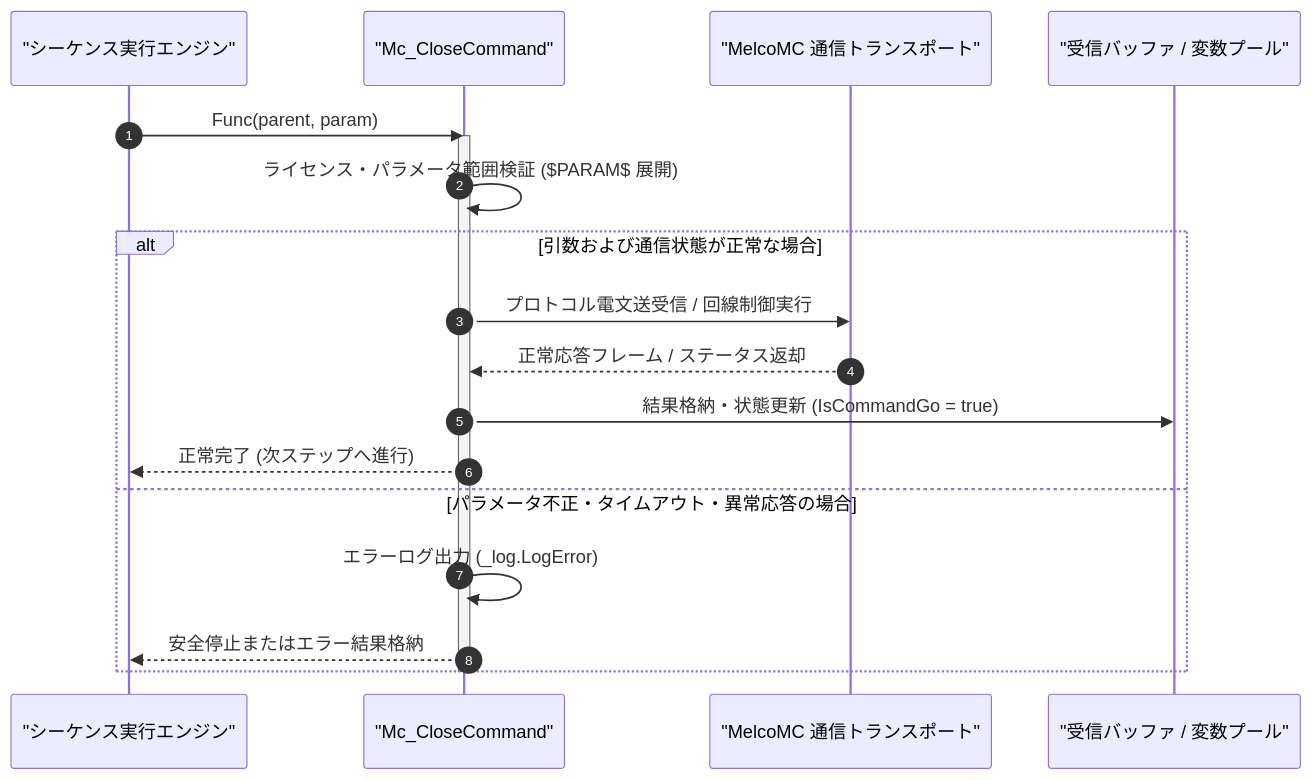
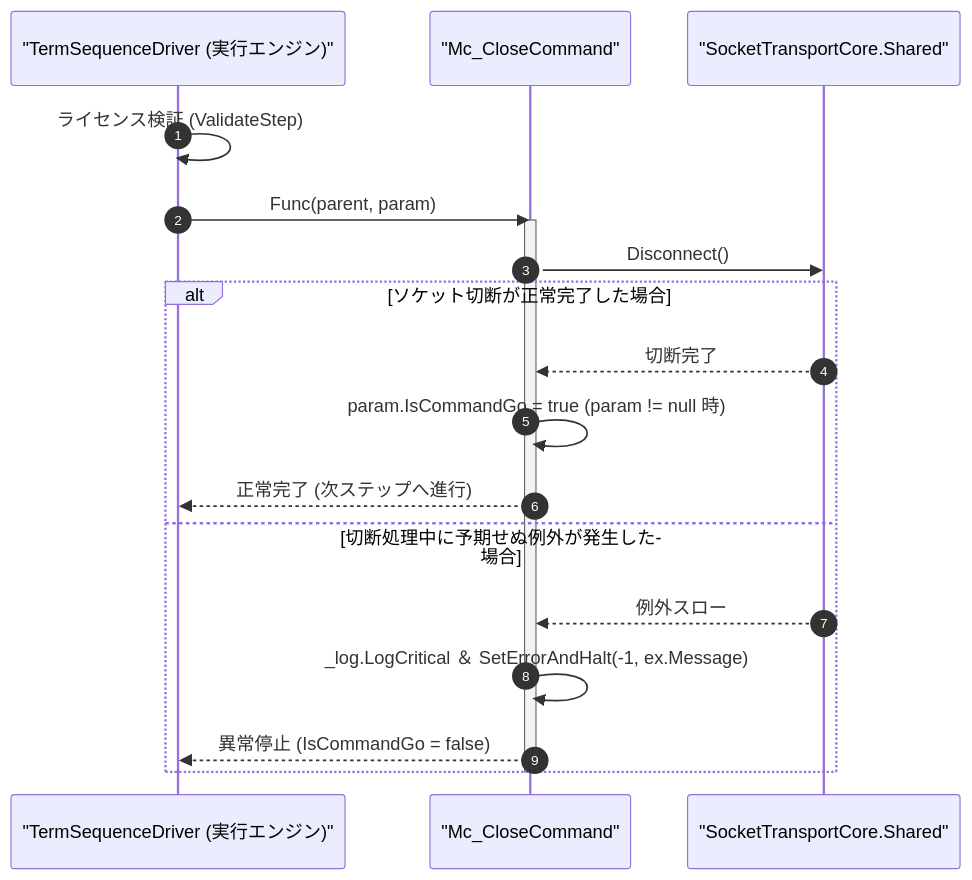
One commit to Monaca-App/TermAddIn changed the diagram in Manual/MelcoMC/Mc_Close.Md. Above: the diagram before and after it, drawn with Mermaid. The commit also changed other lines of this file and 157 other files, not shown here.

````diff
--- a/Manual/MelcoMC/Mc_Close.Md
+++ b/Manual/MelcoMC/Mc_Close.Md
@@ -62,22 +63,22 @@
 ```mermaid
 sequenceDiagram
     autonumber
-    participant Script as "シーケンス実行エンジン"
+    participant Driver as "TermSequenceDriver (実行エンジン)"
     participant Cmd as "Mc_CloseCommand"
-    participant Trans as "MelcoMC 通信トランスポート"
-    participant Buf as "受信バッファ / 変数プール"
+    participant Socket as "SocketTransportCore.Shared"
 
-    Script->>Cmd: Func(parent, param)
+    Driver->>Driver: ライセンス検証 (ValidateStep)
+    Driver->>Cmd: Func(parent, param)
     activate Cmd
-    Cmd->>Cmd: ライセンス・パラメータ範囲検証 ($PARAM$ 展開)
-    alt 引数および通信状態が正常な場合
-        Cmd->>Trans: プロトコル電文送受信 / 回線制御実行
-        Trans-->>Cmd: 正常応答フレーム / ステータス返却
-        Cmd->>Buf: 結果格納・状態更新 (IsCommandGo = true)
-        Cmd-->>Script: 正常完了 (次ステップへ進行)
-    else パラメータ不正・タイムアウト・異常応答の場合
-        Cmd->>Cmd: エラーログ出力 (_log.LogError)
-        Cmd-->>Script: 安全停止またはエラー結果格納
+    Cmd->>Socket: Disconnect()
+    alt ソケット切断が正常完了した場合
+        Socket-->>Cmd: 切断完了
+        Cmd->>Cmd: param.IsCommandGo = true (param != null 時)
+        Cmd-->>Driver: 正常完了 (次ステップへ進行)
+    else 切断処理中に予期せぬ例外が発生した場合
+        Socket-->>Cmd: 例外スロー
+        Cmd->>Cmd: _log.LogCritical ＆ SetErrorAndHalt(-1, ex.Message)
+        Cmd-->>Driver: 異常停止 (IsCommandGo = false)
     end
     deactivate Cmd
 ```
````
